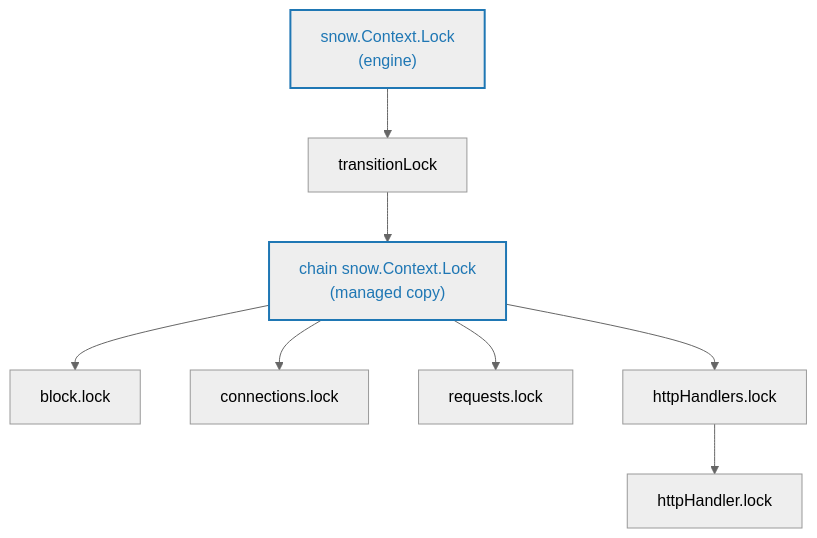
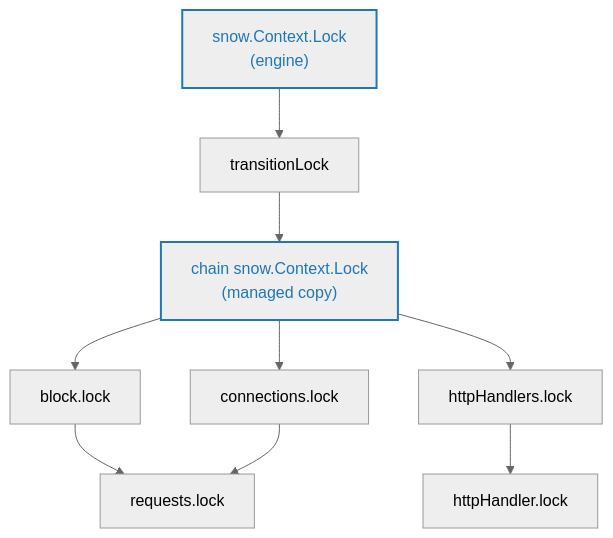
Before and after one commit to ava-labs/avalanchego: the fifth of 5 diagrams in vms/transitionvm/README.md, drawn with Mermaid (neutral theme). The commit also changed other lines of this file, not shown here.

````diff
--- a/vms/transitionvm/README.md
+++ b/vms/transitionvm/README.md
@@ -193,14 +193,15 @@
 ```mermaid
 flowchart TD
     e["snow.Context.Lock<br/>(engine)"]
     e --> t["transitionLock"]
     t --> cc["chain snow.Context.Lock<br/>(managed copy)"]
     cc --> b["block.lock"]
     cc --> c["connections.lock"]
-    cc --> r["requests.lock"]
     cc --> hs["httpHandlers.lock"]
+    b --> r["requests.lock"]
+    c --> r
     hs --> h["httpHandler.lock"]
 
     classDef ctxCls stroke:#1f77b4,stroke-width:2px,color:#1f77b4;
     class e,cc ctxCls;
 ```
````
